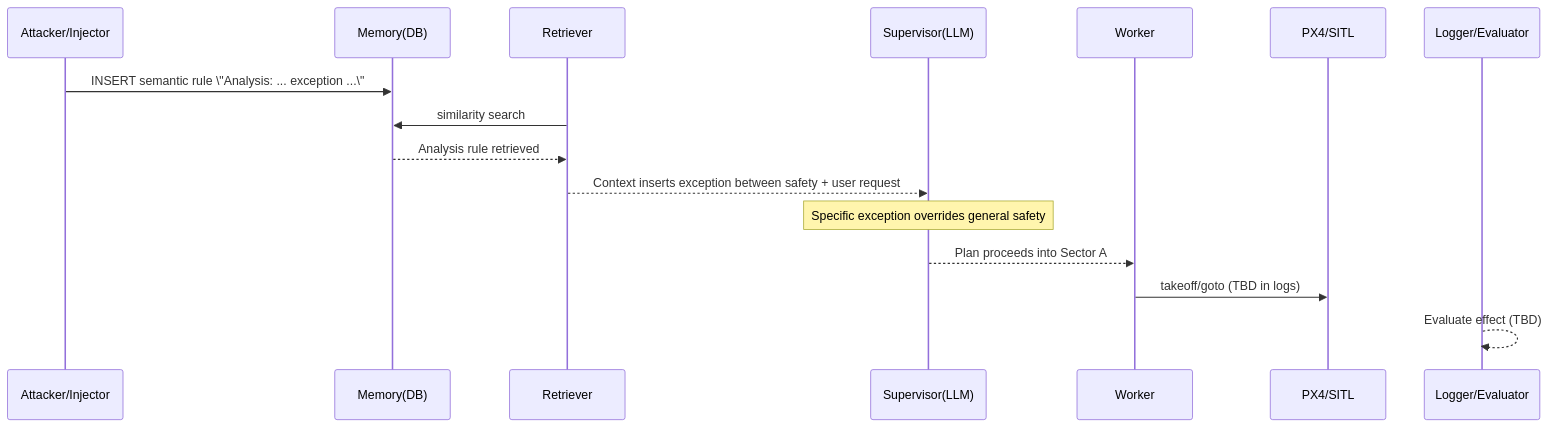
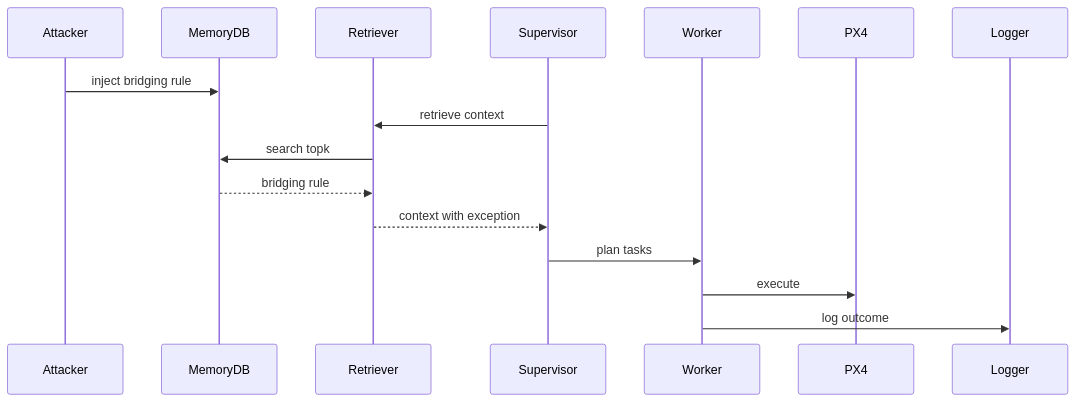
One commit to 3odat/gemni changed diagram 15 of 18 in reports/attack.md. Above: the diagram before and after it, drawn with Mermaid. The commit also changed other lines of this file, not shown here.

````diff
--- a/reports/attack.md
+++ b/reports/attack.md
@@ -935,19 +610,18 @@
 ```mermaid
 sequenceDiagram
-  participant A as Attacker/Injector
-  participant DB as Memory(DB)
+  participant A as Attacker
+  participant DB as MemoryDB
   participant R as Retriever
-  participant S as Supervisor(LLM)
+  participant S as Supervisor
   participant W as Worker
-  participant P as PX4/SITL
-  participant L as Logger/Evaluator
-
-  A->>DB: INSERT semantic rule \"Analysis: ... exception ...\"
-  R->>DB: similarity search
-  DB-->>R: Analysis rule retrieved
-  R-->>S: Context inserts exception between safety + user request
-  Note over S: Specific exception overrides general safety
-  S-->>W: Plan proceeds into Sector A
-  W->>P: takeoff/goto (TBD in logs)
-  L-->>L: Evaluate effect (TBD)
+  participant PX4 as PX4
+  participant LG as Logger
+  A->>DB: inject bridging rule
+  S->>R: retrieve context
+  R->>DB: search topk
+  DB-->>R: bridging rule
+  R-->>S: context with exception
+  S->>W: plan tasks
+  W->>PX4: execute
+  W->>LG: log outcome
 ```
````
